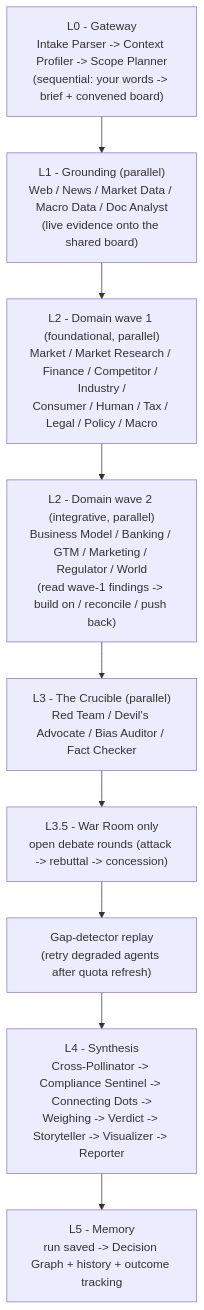
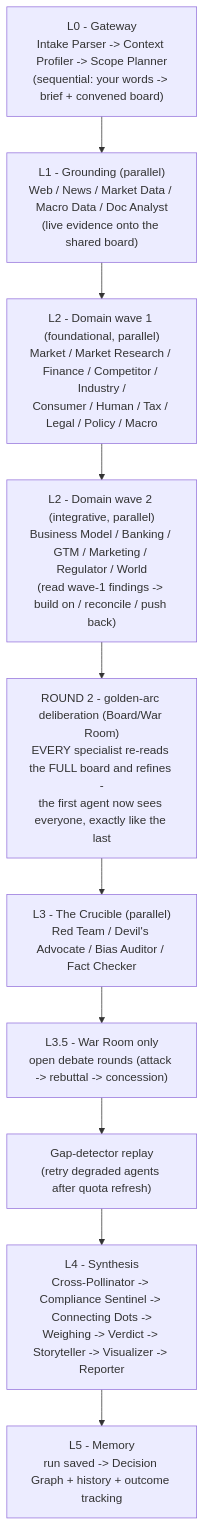
The second of 8 diagrams in README.md (Srujan29112001/EIP), drawn with Mermaid before and after one commit. The commit also changed other lines of this file and 16 other files, not shown here.

````diff
--- a/README.md
+++ b/README.md
@@ -132,14 +134,16 @@
 ```mermaid
 flowchart TD
     L0["L0 - Gateway<br/>Intake Parser -> Context Profiler -> Scope Planner<br/>(sequential: your words -> brief + convened board)"]
     L1["L1 - Grounding (parallel)<br/>Web / News / Market Data / Macro Data / Doc Analyst<br/>(live evidence onto the shared board)"]
     L2a["L2 - Domain wave 1 (foundational, parallel)<br/>Market / Market Research / Finance / Competitor / Industry /<br/>Consumer / Human / Tax / Legal / Policy / Macro"]
     L2b["L2 - Domain wave 2 (integrative, parallel)<br/>Business Model / Banking / GTM / Marketing / Regulator / World<br/>(read wave-1 findings -> build on / reconcile / push back)"]
     L3["L3 - The Crucible (parallel)<br/>Red Team / Devil's Advocate / Bias Auditor / Fact Checker"]
     L35["L3.5 - War Room only<br/>open debate rounds (attack -> rebuttal -> concession)"]
     REPLAY["Gap-detector replay<br/>(retry degraded agents after quota refresh)"]
     L4["L4 - Synthesis<br/>Cross-Pollinator -> Compliance Sentinel -> Connecting Dots -><br/>Weighing -> Verdict -> Storyteller -> Visualizer -> Reporter"]
     L5["L5 - Memory<br/>run saved -> Decision Graph + history + outcome tracking"]
 
-    L0 --> L1 --> L2a --> L2b --> L3 --> L35 --> REPLAY --> L4 --> L5
+    R2["ROUND 2 - golden-arc deliberation (Board/War Room)<br/>EVERY specialist re-reads the FULL board and refines -<br/>the first agent now sees everyone, exactly like the last"]
+
+    L0 --> L1 --> L2a --> L2b --> R2 --> L3 --> L35 --> REPLAY --> L4 --> L5
 ```
````
